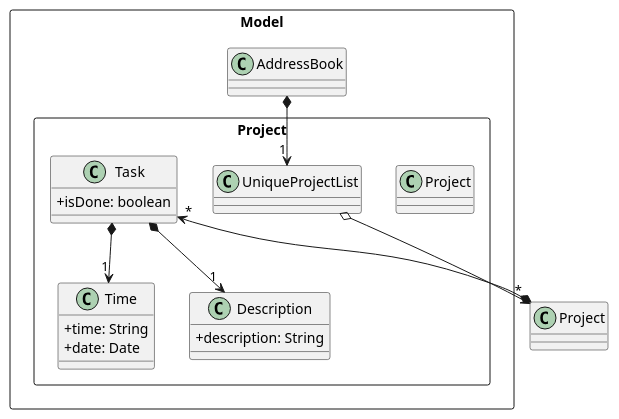
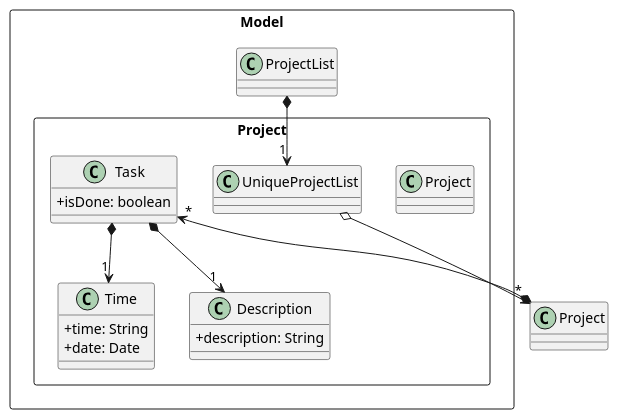
Before and after one commit to nus-cs2103-AY1920S1/addressbook-level3: the diagram in docs/diagrams/TaskClassDiagram.puml, drawn with PlantUML. The commit also changed 11 other files, not shown here.

```diff
--- a/docs/diagrams/TaskClassDiagram.puml
+++ b/docs/diagrams/TaskClassDiagram.puml
@@ -1,29 +1,29 @@
 @startuml
 skinparam classAttributeIconSize 0
 
 Package Model <<Rectangle>> {
-Class AddressBook
+Class ProjectList
 Package Project <<Rectangle>> {
 Class Project
 Class UniqueProjectList
 Class Time
 Class Description
 Class Task {
 +isDone: boolean
 }
 Class Time {
 +time: String
 +date: Date
 }
 Class Description {
 +description: String
 }
 }
 }
 
-AddressBook *--> "1" UniqueProjectList
+ProjectList *--> "1" UniqueProjectList
 UniqueProjectList o--> "*" Project
 Project *--> "*" Task
 Task *--> "1" Time
 Task *--> "1" Description
 @enduml
```
